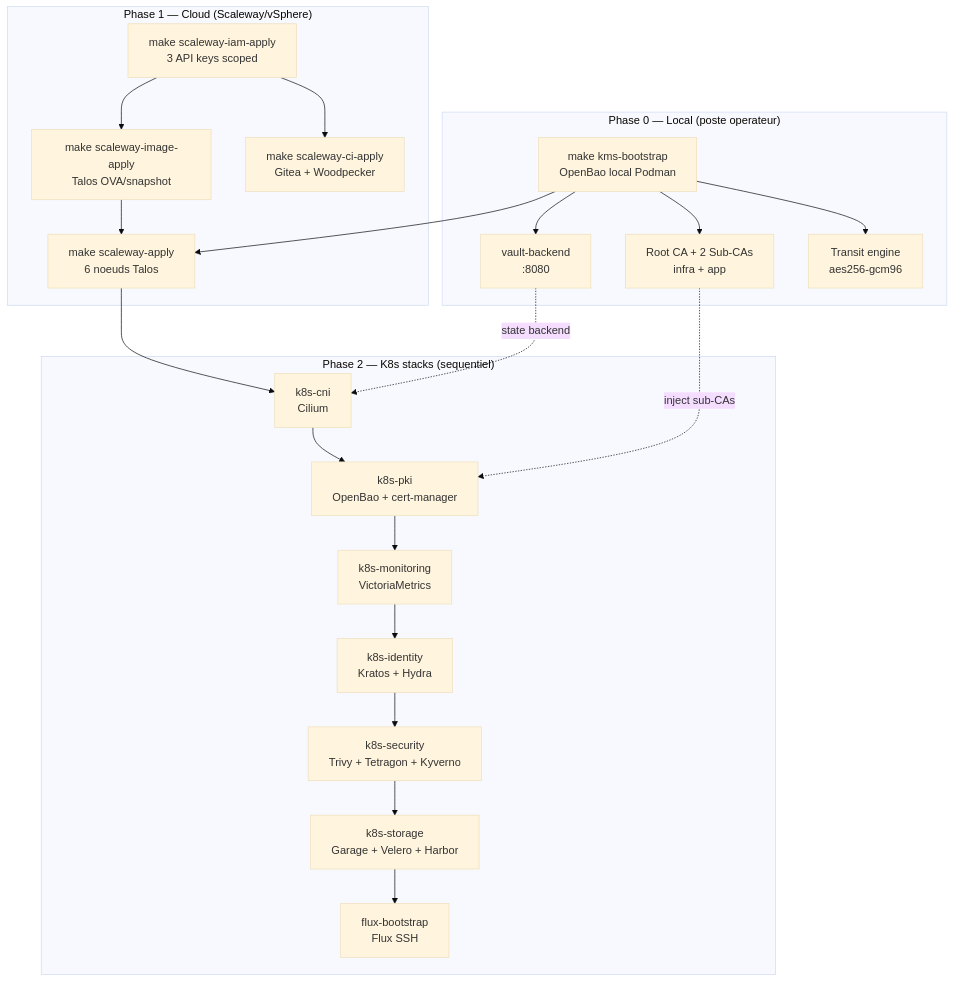
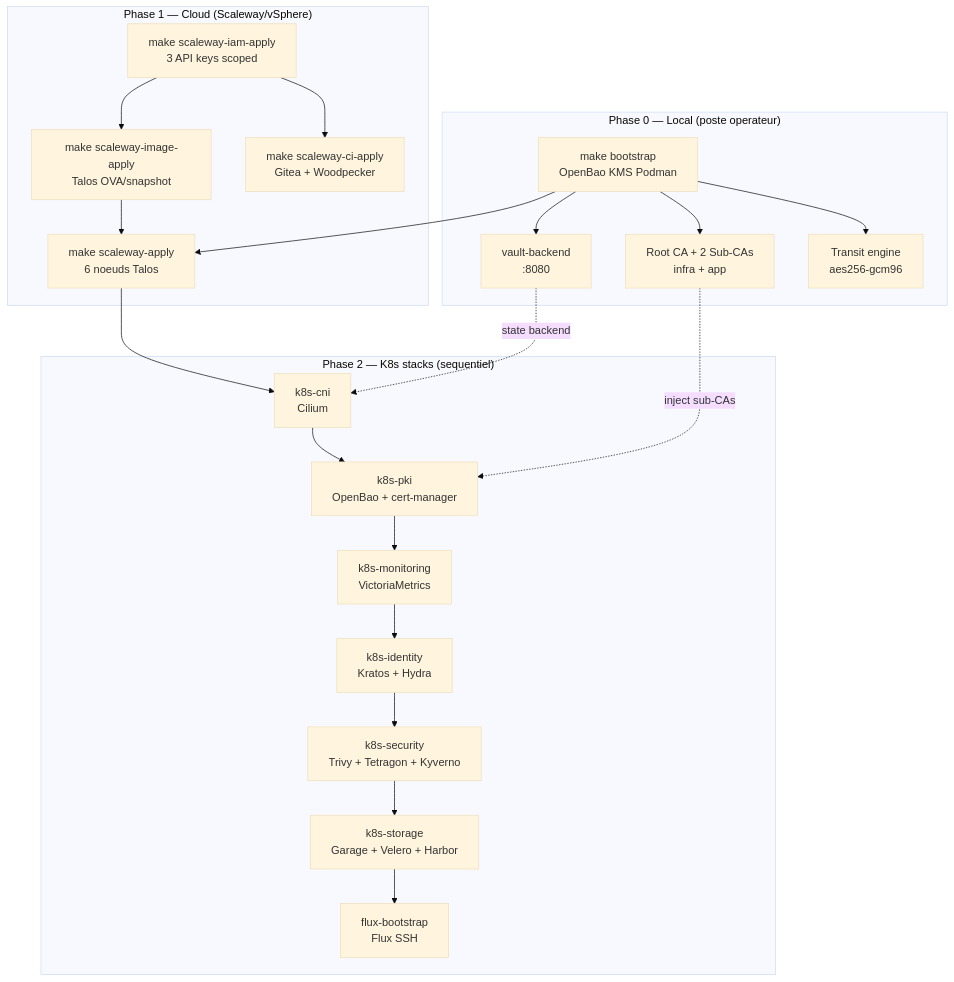
The first of 12 diagrams in docs/explanation/bootstrap.md (Destynova2/st4ck), drawn with Mermaid (base theme) before and after one commit. The commit also changed other lines of this file and 25 other files, not shown here.

First line of the commit message:
docs: align docs with ADR-033 OpenBao/ESO/Flux ownership model

````diff
--- a/docs/explanation/bootstrap.md
+++ b/docs/explanation/bootstrap.md
@@ -8,33 +8,33 @@
 ```mermaid
 graph TB
     subgraph "Phase 0 — Local (poste operateur)"
-        KMS[make kms-bootstrap<br/>OpenBao local Podman]
+        KMS[make bootstrap<br/>OpenBao KMS Podman]
         KMS --> CA[Root CA + 2 Sub-CAs<br/>infra + app]
         KMS --> VB[vault-backend<br/>:8080]
         KMS --> TRANSIT[Transit engine<br/>aes256-gcm96]
     end
 
     subgraph "Phase 1 — Cloud (Scaleway/vSphere)"
         IAM[make scaleway-iam-apply<br/>3 API keys scoped]
         IMG[make scaleway-image-apply<br/>Talos OVA/snapshot]
         CLUSTER[make scaleway-apply<br/>6 noeuds Talos]
         CI[make scaleway-ci-apply<br/>Gitea + Woodpecker]
     end
 
     subgraph "Phase 2 — K8s stacks (sequentiel)"
         CNI[k8s-cni<br/>Cilium]
         PKI[k8s-pki<br/>OpenBao + cert-manager]
         MON[k8s-monitoring<br/>VictoriaMetrics]
         IDN[k8s-identity<br/>Kratos + Hydra]
         SEC[k8s-security<br/>Trivy + Tetragon + Kyverno]
         STO[k8s-storage<br/>Garage + Velero + Harbor]
         FLUX[flux-bootstrap<br/>Flux SSH]
     end
 
     KMS --> CLUSTER
     IAM --> IMG --> CLUSTER
     IAM --> CI
     CLUSTER --> CNI --> PKI --> MON --> IDN --> SEC --> STO --> FLUX
     CA -.->|inject sub-CAs| PKI
     VB -.->|state backend| CNI
 ```
````
